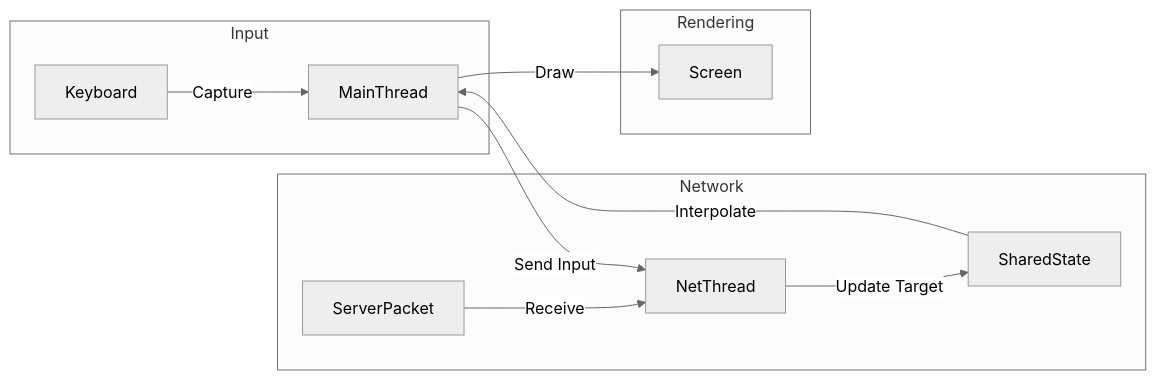
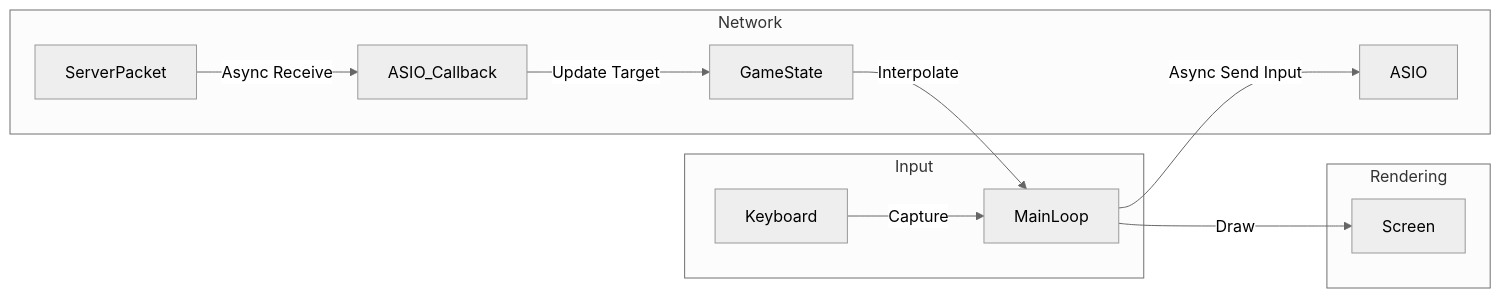
One commit to MatthieuGA/R_TYPE_J.A.M.E.S. changed the fourth of 4 diagrams in docs/docs/architecture.md. Above: the diagram before and after it, drawn with Mermaid (neutral theme). The commit also changed other lines of this file, not shown here.

Commit message:
:memo: remove multi-thread mention

````diff
--- a/docs/docs/architecture.md
+++ b/docs/docs/architecture.md
@@ -156,17 +155,17 @@
 ```mermaid
 graph LR
     subgraph Input
-        Keyboard -->|Capture| MainThread
+        Keyboard -->|Capture| MainLoop
     end
 
     subgraph Network
-        ServerPacket -->|Receive| NetThread
-        NetThread -->|Update Target| SharedState
-        MainThread -->|Send Input| NetThread
+        ServerPacket -->|Async Receive| ASIO_Callback
+        ASIO_Callback -->|Update Target| GameState
+        MainLoop -->|Async Send Input| ASIO
     end
 
     subgraph Rendering
-        SharedState -->|Interpolate| MainThread
-        MainThread -->|Draw| Screen
+        GameState -->|Interpolate| MainLoop
+        MainLoop -->|Draw| Screen
     end
 ```
````
